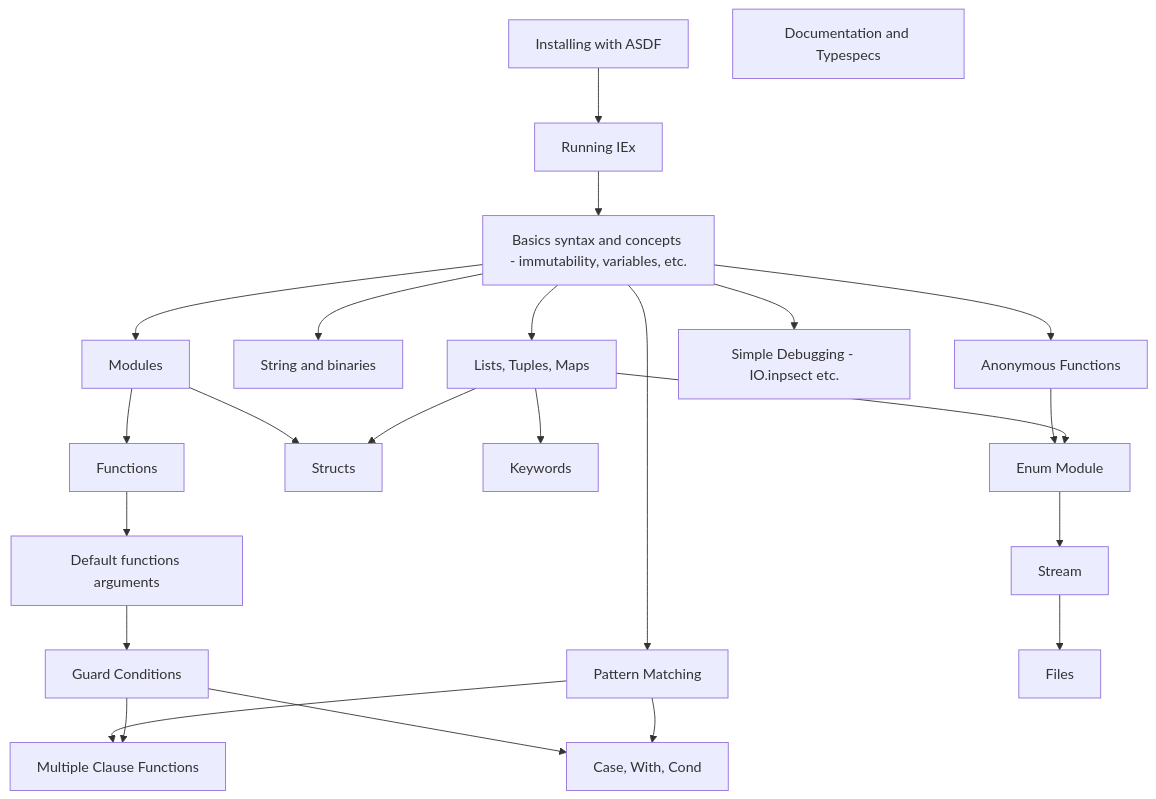
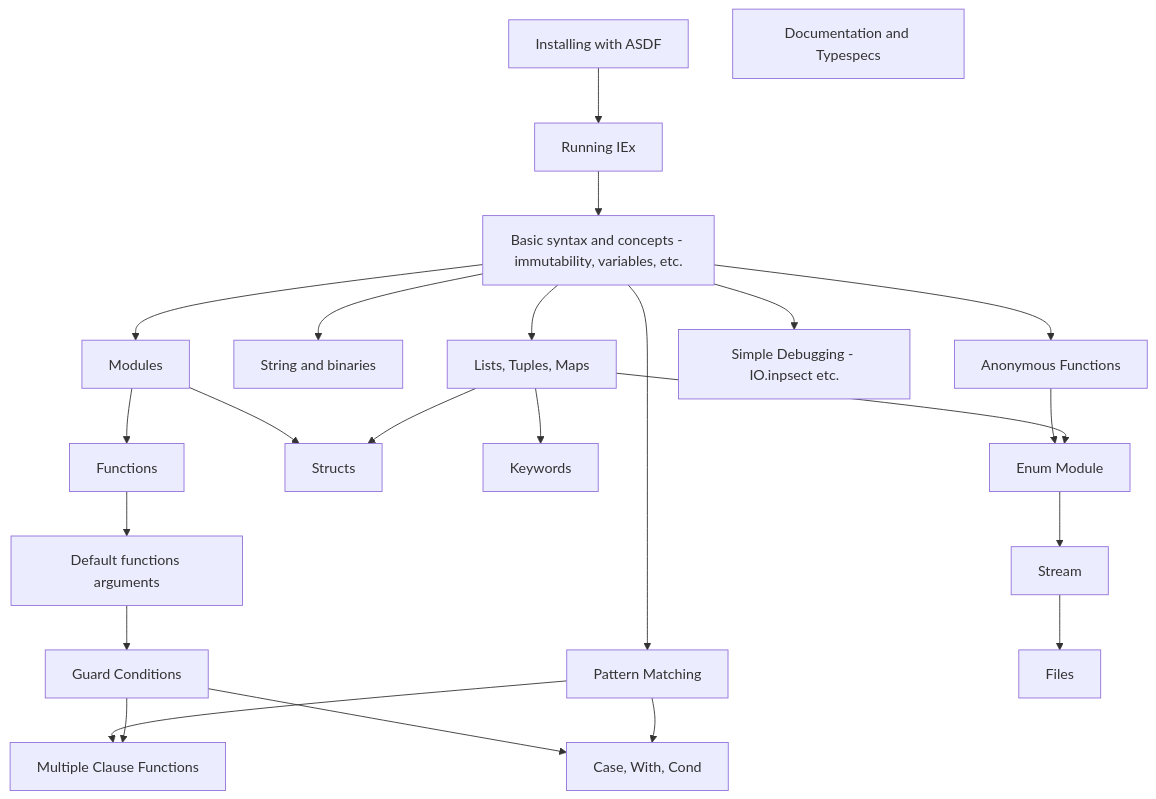
Before and after one commit to WTTJ/elixir-backend-learning-path: the first of 3 diagrams in README.md, drawn with Mermaid. The commit also changed other lines of this file, not shown here.

````diff
--- a/README.md
+++ b/README.md
@@ -93,26 +93,26 @@
 ```mermaid
 graph TD
 Install[Installing with ASDF] --> Running[Running IEx]
-Running --> Basics[Basics syntax and concepts - immutability, variables, etc.]
+Running --> Basics[Basic syntax and concepts - immutability, variables, etc.]
 Basics --> Modules[Modules]
 Basics --> Strings[String and binaries]
-Basics -->AnonymousFunctions[Anonymous Functions]
+Basics --> AnonymousFunctions[Anonymous Functions]
 Basics --> PatternMatching[Pattern Matching]
 Basics --> ListTuplesMaps[Lists, Tuples, Maps]
 Basics --> SimpleDebugging[Simple Debugging - IO.inpsect etc.]
 Modules --> Functions[Functions]
 Functions --> DefaultArg[Default functions arguments]
 DefaultArg --> Guards[Guard Conditions]
 Guards --> MultipleClauseFn[Multiple Clause Functions]
 PatternMatching --> MultipleClauseFn
 PatternMatching --> CaseWithCond[Case, With, Cond]
 Guards --> CaseWithCond
 ListTuplesMaps --> Structs
 Modules --> Structs
 ListTuplesMaps --> Keywords[Keywords]
 ListTuplesMaps --> EnumModule[Enum Module]
 AnonymousFunctions --> EnumModule
 EnumModule --> Stream[Stream]
 Stream --> Files[Files]
 Doc[Documentation and Typespecs]
 ```
````
